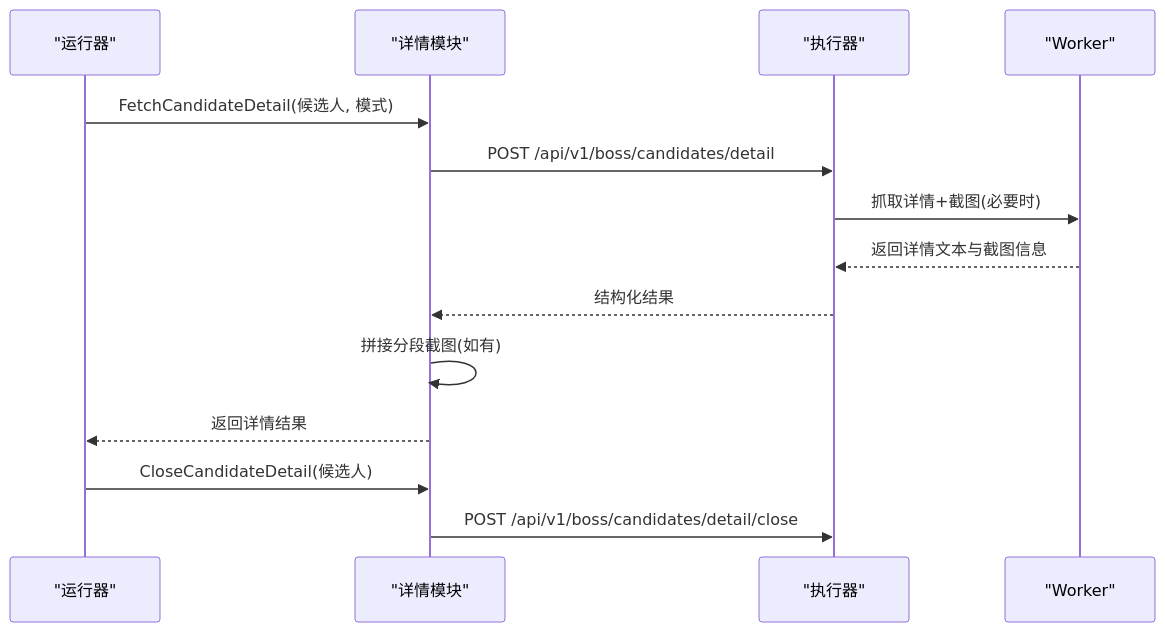
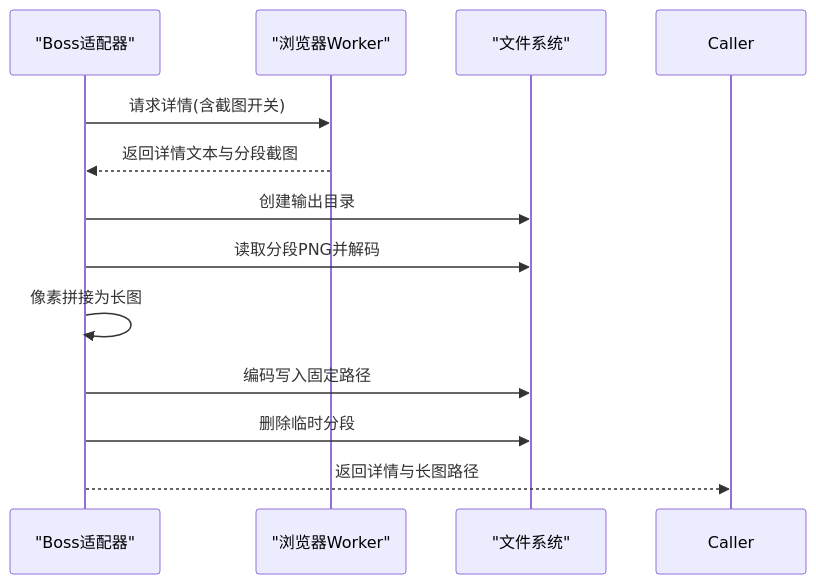
One commit to alvinwangzi/goodhr changed the sixth of 8 diagrams in .qoder/repowiki/zh/content/本地执行器/平台适配器/Boss直聘适配器/Boss直聘适配器.md. Above: the diagram before and after it, drawn with Mermaid. The commit also changed other lines of this file and 149 other files, not shown here.

````diff
--- a/.qoder/repowiki/zh/content/本地执行器/平台适配器/Boss直聘适配器/Boss直聘适配器.md
+++ b/.qoder/repowiki/zh/content/本地执行器/平台适配器/Boss直聘适配器/Boss直聘适配器.md
@@ -240,16 +281,14 @@
 ```mermaid
 sequenceDiagram
-participant R as "运行器"
-participant D as "详情模块"
-participant E as "执行器"
-participant W as "Worker"
-R->>D : FetchCandidateDetail(候选人, 模式)
-D->>E : POST /api/v1/boss/candidates/detail
-E->>W : 抓取详情+截图(必要时)
-W-->>E : 返回详情文本与截图信息
-E-->>D : 结构化结果
-D->>D : 拼接分段截图(如有)
-D-->>R : 返回详情结果
-R->>D : CloseCandidateDetail(候选人)
-D->>E : POST /api/v1/boss/candidates/detail/close
+participant Boss as "Boss适配器"
+participant Worker as "浏览器Worker"
+participant FS as "文件系统"
+Boss->>Worker : 请求详情(含截图开关)
+Worker-->>Boss : 返回详情文本与分段截图
+Boss->>FS : 创建输出目录
+Boss->>FS : 读取分段PNG并解码
+Boss->>Boss : 像素拼接为长图
+Boss->>FS : 编码写入固定路径
+Boss->>FS : 删除临时分段
+Boss-->>Caller : 返回详情与长图路径
 ```
````
